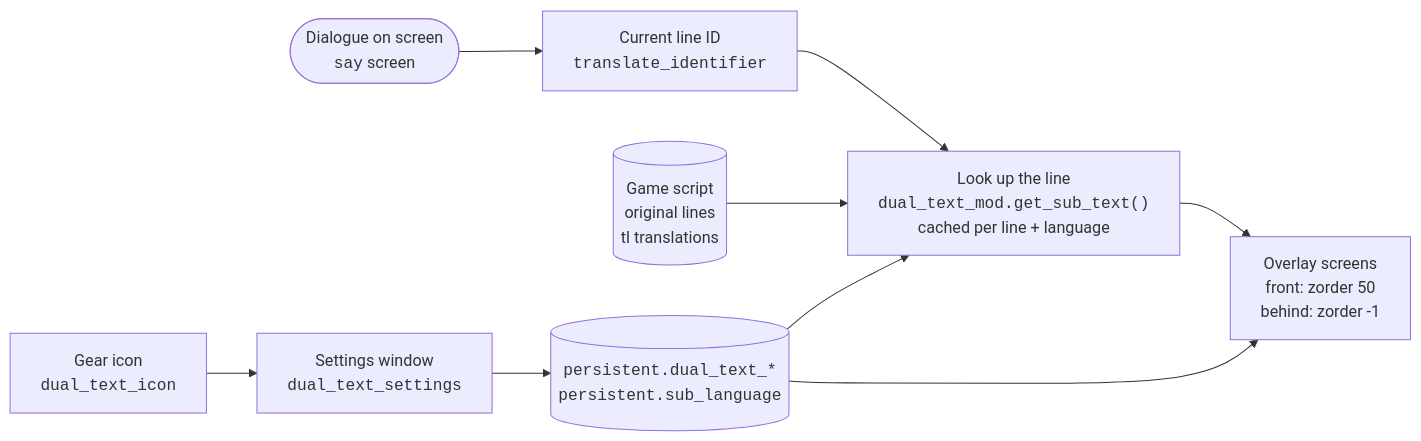
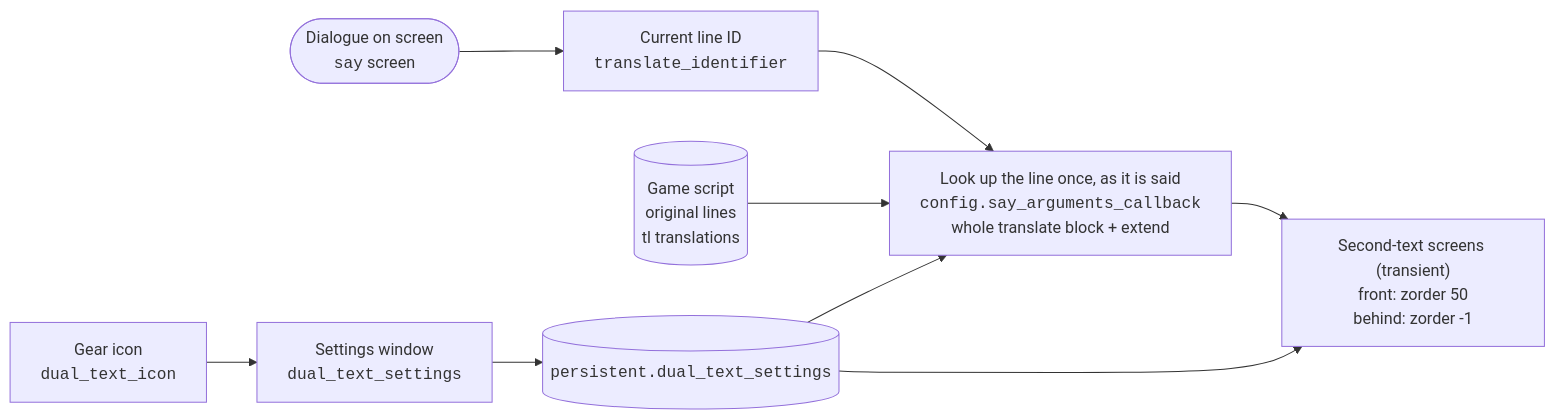
Before and after one commit to 0eti/Xeti-s-Dual-Text-Mode: the diagram in README.md, drawn with Mermaid. The commit also changed other lines of this file and 3 other files, not shown here.

````diff
--- a/README.md
+++ b/README.md
@@ -45,18 +72,18 @@
 ```mermaid
 flowchart LR
     say(["Dialogue on screen<br/><code>say</code> screen"])
     id["Current line ID<br/><code>translate_identifier</code>"]
-    get["Look up the line<br/><code>dual_text_mod.get_sub_text()</code><br/>cached per line + language"]
+    get["Look up the line once, as it is said<br/><code>config.say_arguments_callback</code><br/>whole translate block + extend"]
     script[("Game script<br/>original lines<br/>tl translations")]
-    overlay["Overlay screens<br/>front: zorder 50<br/>behind: zorder -1"]
+    overlay["Second-text screens (transient)<br/>front: zorder 50<br/>behind: zorder -1"]
     icon["Gear icon<br/><code>dual_text_icon</code>"]
     settings["Settings window<br/><code>dual_text_settings</code>"]
-    pers[("<code>persistent.dual_text_*</code><br/><code>persistent.sub_language</code>")]
+    pers[("<code>persistent.dual_text_settings</code>")]
 
     say --> id --> get
     script --> get
     get --> overlay
     icon --> settings --> pers
     pers --> get
     pers --> overlay
 ```
````
